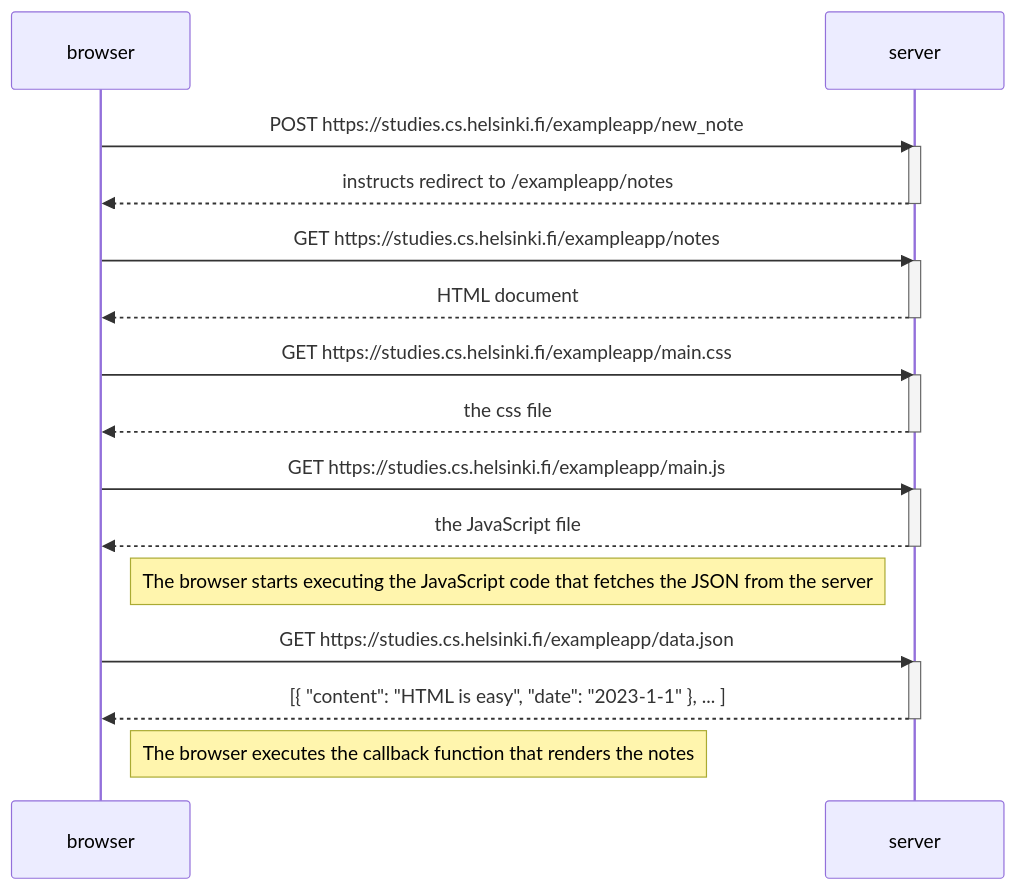
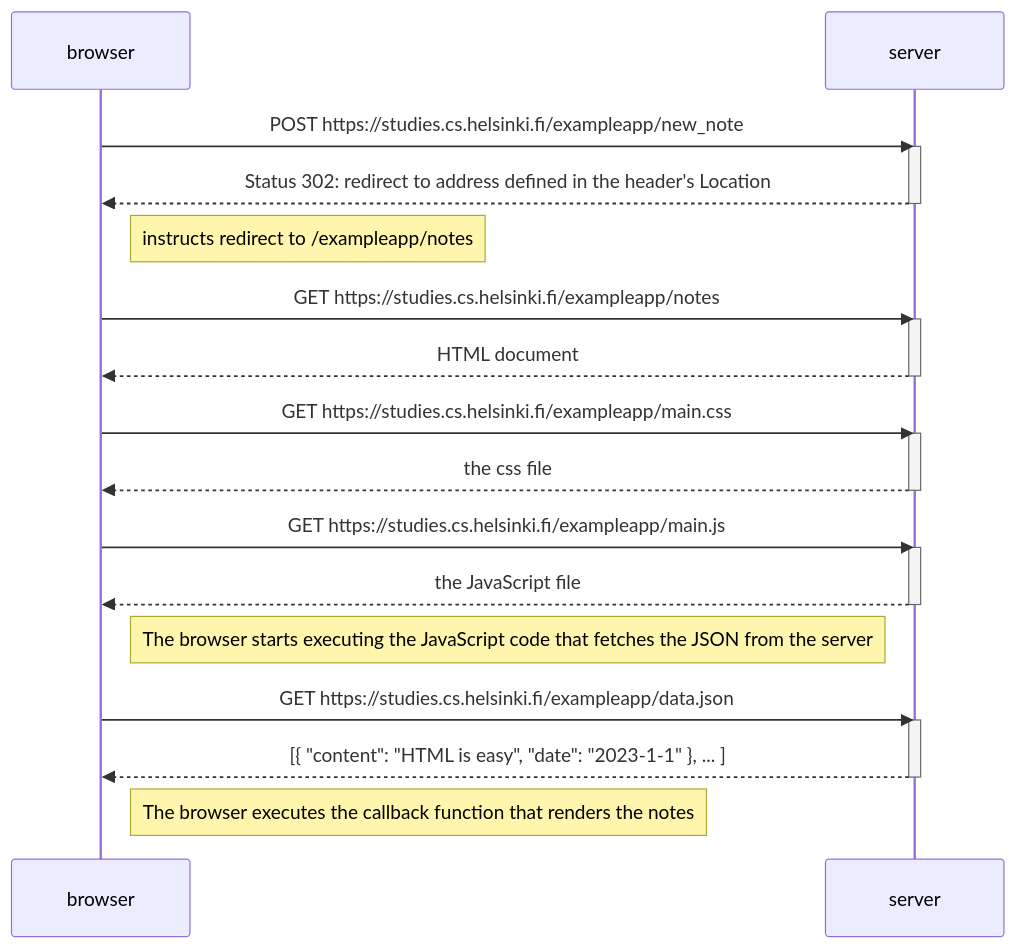
One commit to ebrhoden/fullstack-open changed the diagram in part0/4.mmd. Above: the diagram before and after it, drawn with Mermaid.

```diff
--- a/part0/4.mmd
+++ b/part0/4.mmd
@@ -1,32 +1,34 @@
 sequenceDiagram
     participant browser
     participant server
 
     browser->>server: POST https://studies.cs.helsinki.fi/exampleapp/new_note
     activate server
-    server-->>browser: instructs redirect to /exampleapp/notes
+    server-->>browser: Status 302: redirect to address defined in the header's Location
     deactivate server
+
+    Note right of browser: instructs redirect to /exampleapp/notes
 
     browser->>server: GET https://studies.cs.helsinki.fi/exampleapp/notes
     activate server
     server-->>browser: HTML document
     deactivate server
 
     browser->>server: GET https://studies.cs.helsinki.fi/exampleapp/main.css
     activate server
     server-->>browser: the css file
     deactivate server
 
     browser->>server: GET https://studies.cs.helsinki.fi/exampleapp/main.js
     activate server
     server-->>browser: the JavaScript file
     deactivate server
 
     Note right of browser: The browser starts executing the JavaScript code that fetches the JSON from the server
 
     browser->>server: GET https://studies.cs.helsinki.fi/exampleapp/data.json
     activate server
     server-->>browser: [{ "content": "HTML is easy", "date": "2023-1-1" }, ... ]
     deactivate server
 
     Note right of browser: The browser executes the callback function that renders the notes
```
